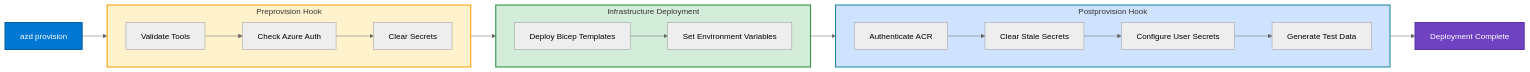
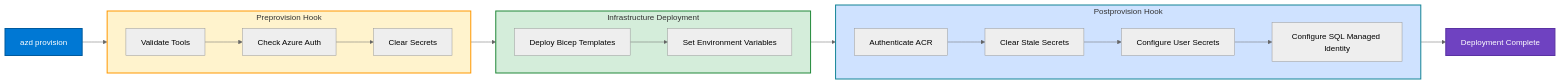
The second of 2 diagrams in hooks/README.md (Evilazaro/Azure-LogicApps-Monitoring), drawn with Mermaid (neutral theme) before and after one commit. The commit also changed other lines of this file, not shown here.

Commit message:
Enhance README.md to include SQL Database managed identity configuration details; improve clarity in automation script descriptions and execution flow for better developer guidance

````diff
--- a/hooks/README.md
+++ b/hooks/README.md
@@ -207,34 +204,34 @@
 ```mermaid
 graph LR
     Start[azd provision] --> PrepHook
     
     subgraph PrepHook["Preprovision Hook"]
         direction LR
         ValidateTools[Validate Tools] --> CheckAuth[Check Azure Auth]
         CheckAuth --> ClearSecrets[Clear Secrets]
     end
     
     PrepHook --> Deploy
     
     subgraph Deploy["Infrastructure Deployment"]
         direction LR
         DeployBicep[Deploy Bicep Templates] --> SetEnvVars[Set Environment Variables]
     end
     
     Deploy --> PostHook
     
     subgraph PostHook["Postprovision Hook"]
         direction LR
         AuthACR[Authenticate ACR] --> ClearStale[Clear Stale Secrets]
         ClearStale --> ConfigSecrets[Configure User Secrets]
-        ConfigSecrets --> GenData[Generate Test Data]
+        ConfigSecrets --> ConfigSQL[Configure SQL Managed Identity]
     end
     
     PostHook --> Complete[Deployment Complete]
     
     style Start fill:#0078d4,stroke:#005a9e,stroke-width:2px,color:#fff
     style Complete fill:#6f42c1,stroke:#5a32a3,stroke-width:2px,color:#fff
     style PrepHook fill:#fff3cd,stroke:#ff9800,stroke-width:2px
     style Deploy fill:#d4edda,stroke:#218838,stroke-width:2px
     style PostHook fill:#cfe2ff,stroke:#138496,stroke-width:2px
 ```
````
